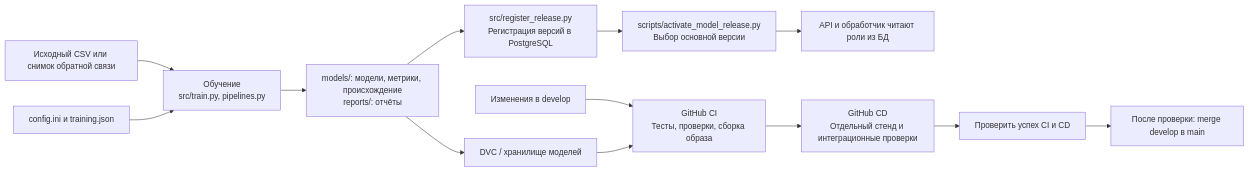
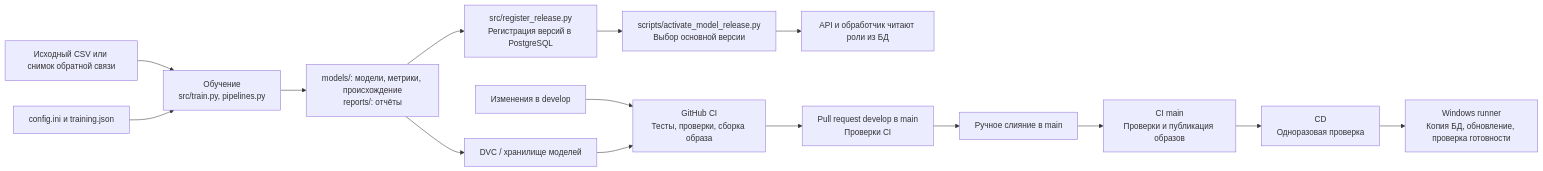
Before and after one commit to Qekqq/DevOps_Project: the third of 3 diagrams in docs/architecture.md, drawn with Mermaid. The commit also changed other lines of this file and 25 other files, not shown here.

````diff
--- a/docs/architecture.md
+++ b/docs/architecture.md
@@ -203,15 +214,17 @@
 ```mermaid
 flowchart LR
     DATA["Исходный CSV или снимок обратной связи"] --> TRAIN["Обучение<br/>src/train.py, pipelines.py"]
     CFG["config.ini и training.json"] --> TRAIN
     TRAIN --> ART["models/: модели, метрики, происхождение<br/>reports/: отчёты"]
     ART --> REG["src/register_release.py<br/>Регистрация версий в PostgreSQL"]
     REG --> ROLE["scripts/activate_model_release.py<br/>Выбор основной версии"]
     ROLE --> RUN["API и обработчик читают роли из БД"]
     ART --> DVC["DVC / хранилище моделей"]
     DEV["Изменения в develop"] --> CI["GitHub CI<br/>Тесты, проверки, сборка образа"]
     DVC --> CI
-    CI --> CD["GitHub CD<br/>Отдельный стенд и интеграционные проверки"]
-    CD --> CHECK["Проверить успех CI и CD"]
-    CHECK --> MAIN["После проверки: merge develop в main"]
+    CI --> PR["Pull request develop в main<br/>Проверки CI"]
+    PR --> MAIN["Ручное слияние в main"]
+    MAIN --> MCI["CI main<br/>Проверки и публикация образов"]
+    MCI --> CD["CD<br/>Одноразовая проверка"]
+    CD --> DEPLOY["Windows runner<br/>Копия БД, обновление, проверка готовности"]
 ```
````
